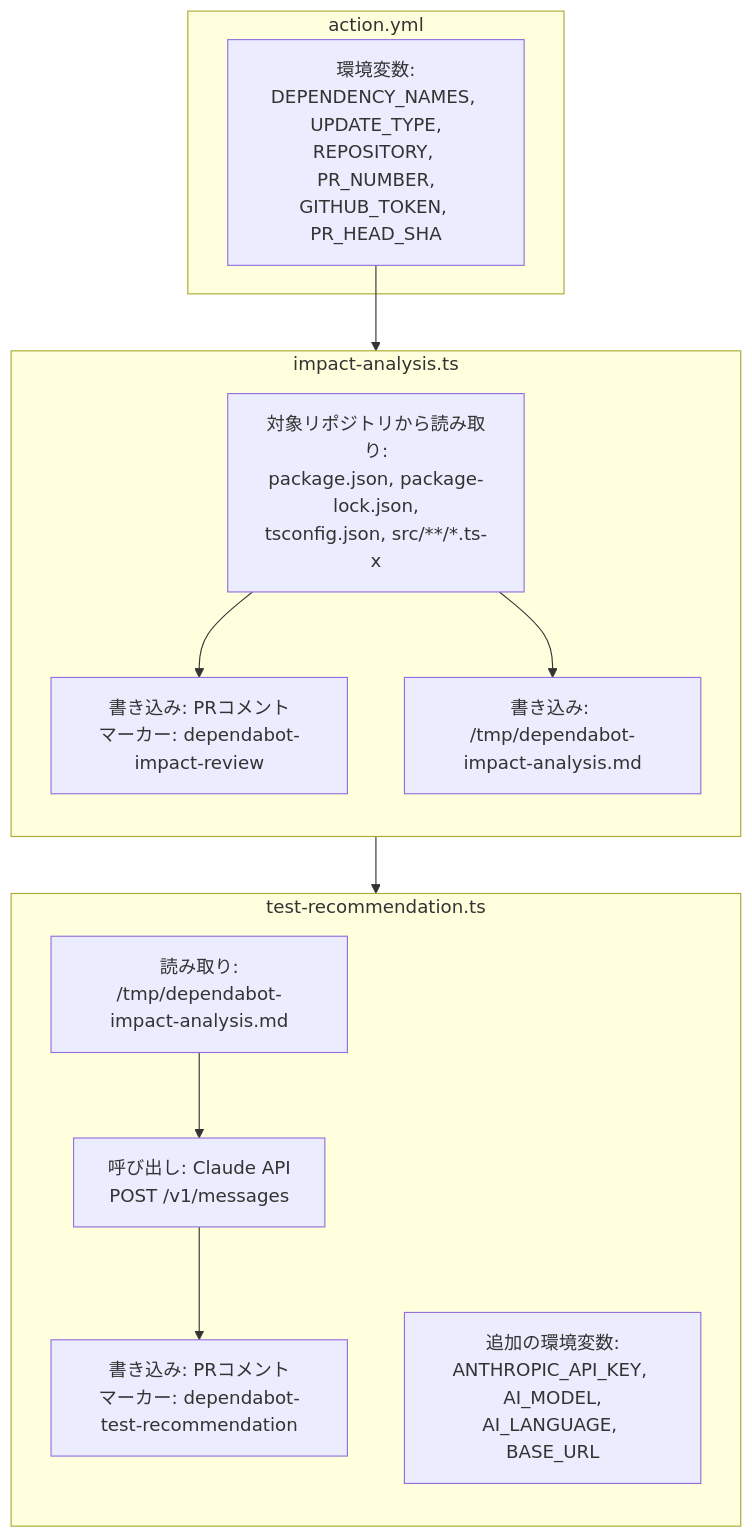
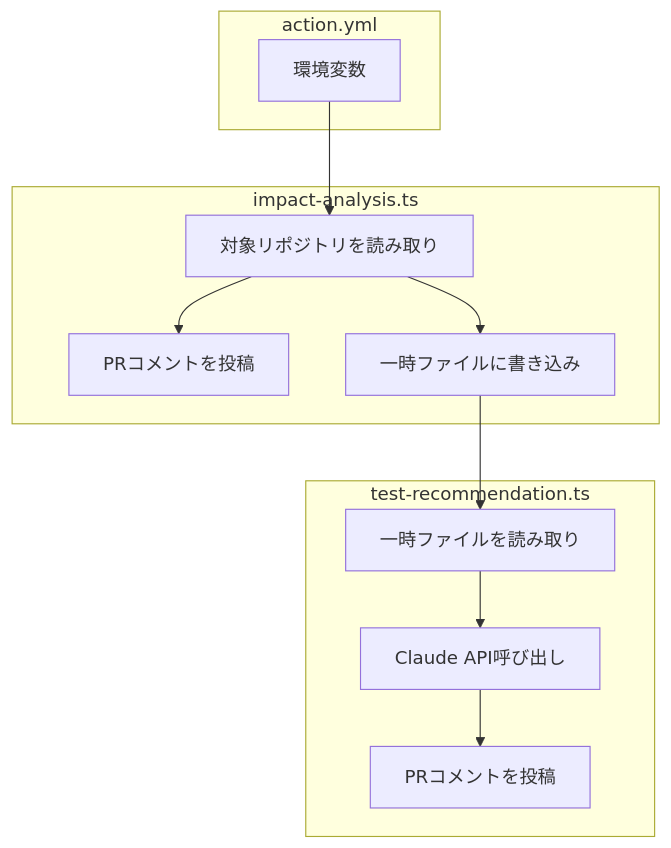
Before and after one commit to nokki-y/dependabot-insight: the fourth of 4 diagrams in docs/design.ja.md, drawn with Mermaid. The commit also changed other lines of this file and 3 other files, not shown here.

First line of the commit message:
Simplify all Mermaid diagrams: short labels + detail tables

````diff
--- a/docs/design.ja.md
+++ b/docs/design.ja.md
@@ -199,28 +212,25 @@
 ```mermaid
 flowchart TD
     subgraph action.yml
-        ENV1[環境変数:<br>DEPENDENCY_NAMES, UPDATE_TYPE,<br>REPOSITORY, PR_NUMBER,<br>GITHUB_TOKEN, PR_HEAD_SHA]
+        ENV[環境変数]
     end
 
     subgraph impact-analysis.ts
-        direction TB
-        IA_READ[対象リポジトリから読み取り:<br>package.json, package-lock.json,<br>tsconfig.json, src/**/*.ts-x]
-        IA_WRITE_COMMENT[書き込み: PRコメント<br>マーカー: dependabot-impact-review]
-        IA_WRITE_FILE[書き込み: /tmp/dependabot-impact-analysis.md]
+        IA_READ[対象リポジトリを読み取り]
+        IA_COMMENT[PRコメントを投稿]
+        IA_FILE[一時ファイルに書き込み]
     end
 
     subgraph test-recommendation.ts
-        direction TB
-        TR_READ[読み取り:<br>/tmp/dependabot-impact-analysis.md]
-        TR_ENV[追加の環境変数:<br>ANTHROPIC_API_KEY, AI_MODEL,<br>AI_LANGUAGE, BASE_URL]
-        TR_CALL[呼び出し: Claude API<br>POST /v1/messages]
-        TR_WRITE[書き込み: PRコメント<br>マーカー: dependabot-test-recommendation]
+        TR_READ[一時ファイルを読み取り]
+        TR_API[Claude API呼び出し]
+        TR_COMMENT[PRコメントを投稿]
     end
 
-    ENV1 --> IA_READ
-    IA_READ --> IA_WRITE_COMMENT
-    IA_READ --> IA_WRITE_FILE
-    IA_WRITE_FILE --> TR_READ
-    TR_READ --> TR_CALL
-    TR_CALL --> TR_WRITE
+    ENV --> IA_READ
+    IA_READ --> IA_COMMENT
+    IA_READ --> IA_FILE
+    IA_FILE --> TR_READ
+    TR_READ --> TR_API
+    TR_API --> TR_COMMENT
 ```
````
